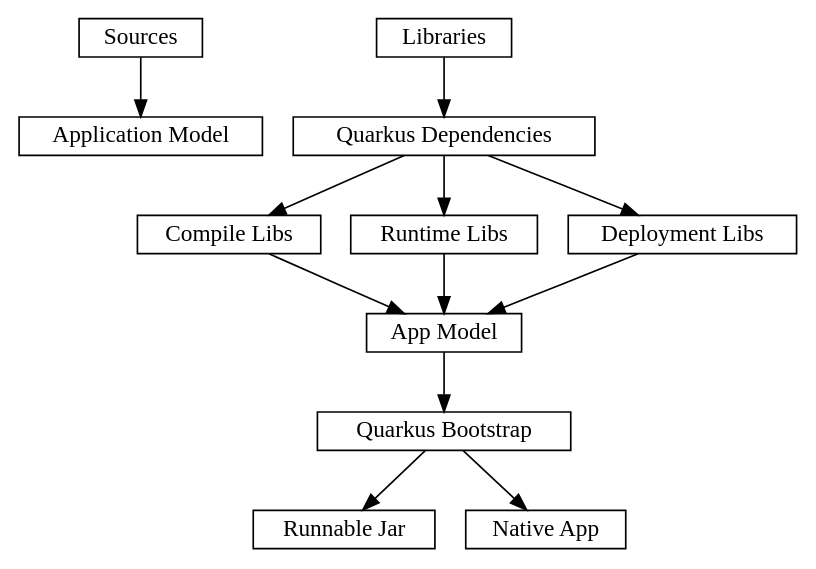
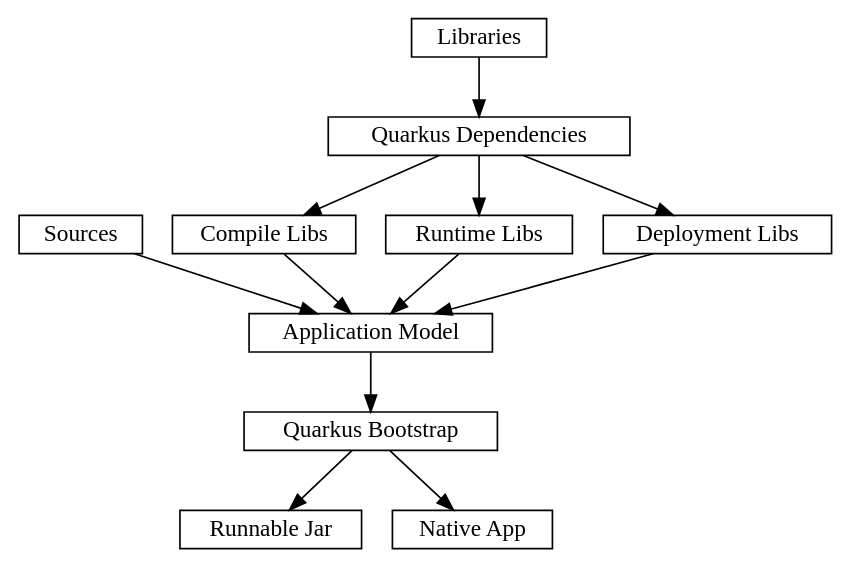
The second of 2 diagrams in website/blog/modules/ROOT/pages/20-quarkus-spring-micronaut-with-mill.adoc (com-lihaoyi/mill), drawn with Graphviz before and after one commit. The commit also changed other lines of this file, not shown here.

```diff
--- a/website/blog/modules/ROOT/pages/20-quarkus-spring-micronaut-with-mill.adoc
+++ b/website/blog/modules/ROOT/pages/20-quarkus-spring-micronaut-with-mill.adoc
@@ -157,19 +151,19 @@
 [graphviz]
 ....
-digraph G {
+digraph Quarkus {
   rankdir=TB
   node [shape=box width=0 height=0]
 
   "Sources" -> "Application Model"
   "Libraries" -> "Quarkus Dependencies"
   "Quarkus Dependencies" -> "Compile Libs"
   "Quarkus Dependencies" -> "Runtime Libs"
   "Quarkus Dependencies" -> "Deployment Libs"
-  "Compile Libs" -> "App Model"
-  "Runtime Libs" -> "App Model"
-  "Deployment Libs" -> "App Model"
-  "App Model" -> "Quarkus Bootstrap"
+  "Compile Libs" -> "Application Model"
+  "Runtime Libs" -> "Application Model"
+  "Deployment Libs" -> "Application Model"
+  "Application Model" -> "Quarkus Bootstrap"
   "Quarkus Bootstrap" -> "Runnable Jar"
   "Quarkus Bootstrap" -> "Native App"
 }
 ....
```
